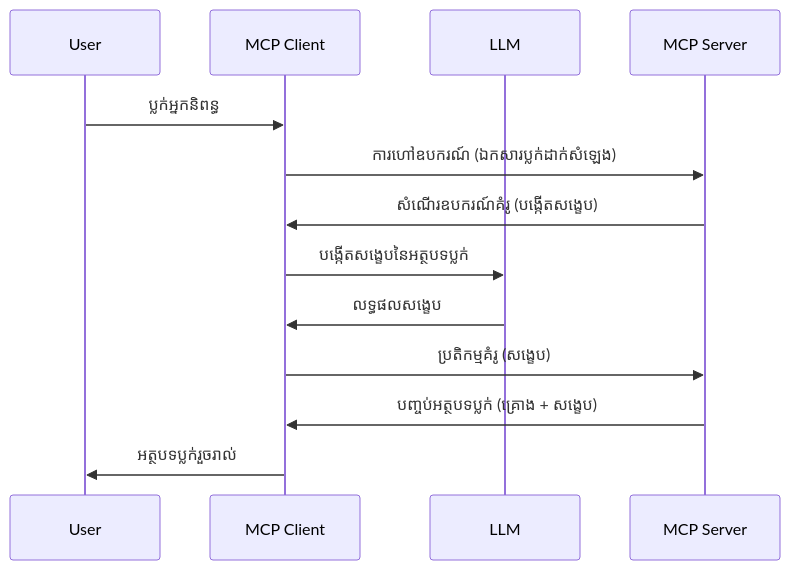
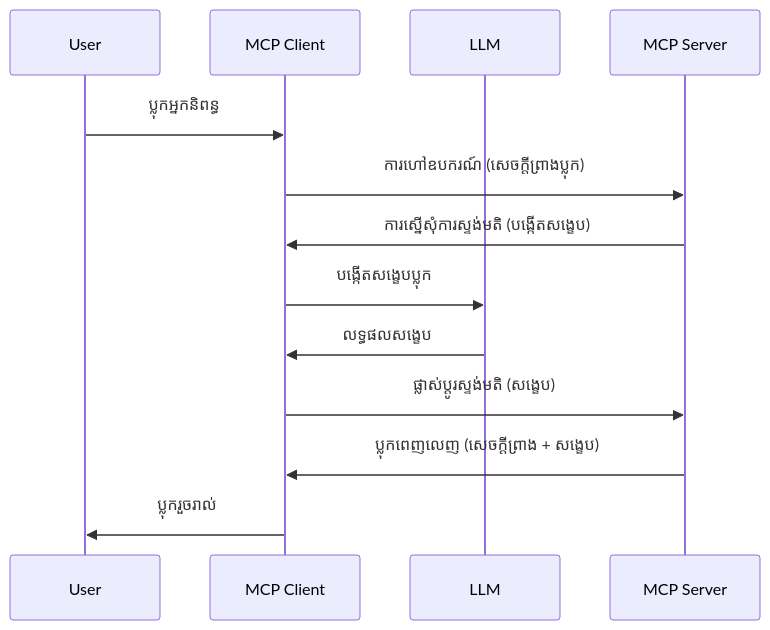
The diagram in mcp_ecosystem__model_context_protocol/mcp_learning_resources/mcp-for-beginners/translations/km/03-GettingStarted/14-sampling/README.md (HIDORAKAI002/ai-workspace-archive), drawn with Mermaid before and after one commit. The commit also changed other lines of this file and 5721 other files, not shown here.

Commit message:
chore(sync): update MCP Python SDK, MCP TypeScript SDK, Supabase MCP, Kubernetes MCP Server, Git MCP, MCP Agent, Awesome ChatGPT Prompts, Langfuse, +62 more

````diff
--- a/mcp_ecosystem__model_context_protocol/mcp_learning_resources/mcp-for-beginners/translations/km/03-GettingStarted/14-sampling/README.md
+++ b/mcp_ecosystem__model_context_protocol/mcp_learning_resources/mcp-for-beginners/translations/km/03-GettingStarted/14-sampling/README.md
@@ -25,16 +27,16 @@
 ```mermaid
 sequenceDiagram
     participant User
     participant MCP Client
     participant LLM
     participant MCP Server
 
-    User->>MCP Client: ប្លក់អ្នកនិពន្ធ
-    MCP Client->>MCP Server: ការហៅឧបករណ៍ (ឯកសារប្លក់ដាក់សំឡេង)
-    MCP Server->>MCP Client: សំណើរឧបករណ៍គំរូ (បង្កើតសង្ខេប)
-    MCP Client->>LLM: បង្កើតសង្ខេបនៃអត្ថបទប្លក់
+    User->>MCP Client: ប្លុកអ្នកនិពន្ធ
+    MCP Client->>MCP Server: ការហៅឧបករណ៍ (សេចក្ដីព្រាងប្លុក)
+    MCP Server->>MCP Client: ការស្នើសុំការស្ទង់មតិ (បង្កើតសង្ខេប)
+    MCP Client->>LLM: បង្កើតសង្ខេបប្លុក
     LLM->>MCP Client: លទ្ធផលសង្ខេប
-    MCP Client->>MCP Server: ប្រតិកម្មគំរូ (សង្ខេប)
-    MCP Server->>MCP Client: បញ្ចប់អត្ថបទប្លក់ (គ្រោង + សង្ខេប)
-    MCP Client->>User: អត្ថបទប្លក់រួចរាល់
+    MCP Client->>MCP Server: ផ្លាស់ប្តូរស្ទង់មតិ (សង្ខេប)
+    MCP Server->>MCP Client: ប្លុកពេញលេញ (សេចក្ដីព្រាង + សង្ខេប)
+    MCP Client->>User: ប្លុករួចរាល់
 ```
````
